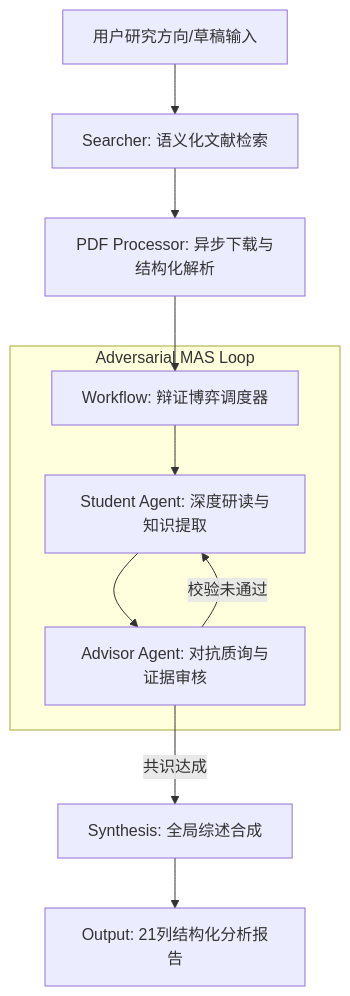
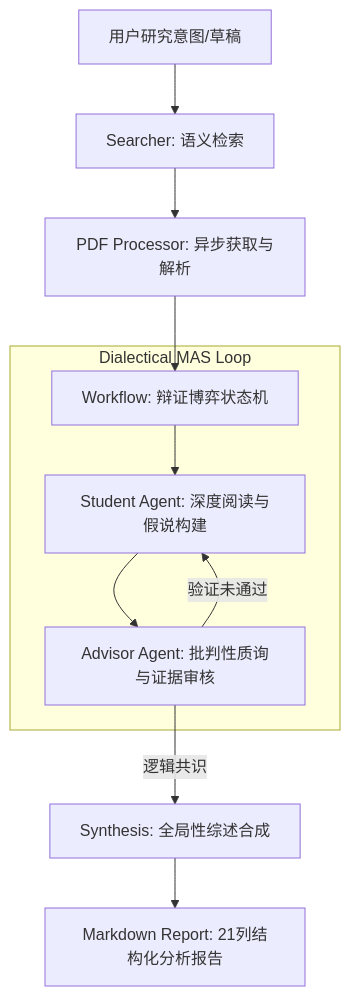
Before and after one commit to A0NECRN/FindUrCite: the diagram in README.md, drawn with Mermaid. The commit also changed other lines of this file and 1 other file, not shown here.

````diff
--- a/README.md
+++ b/README.md
@@ -29,13 +29,13 @@
 ```mermaid
 graph TD
-    A[用户研究方向/草稿输入] --> B[Searcher: 语义化文献检索]
-    B --> C[PDF Processor: 异步下载与结构化解析]
-    C --> D[Workflow: 辩证博弈调度器]
-    subgraph "Adversarial MAS Loop"
-    D --> E[Student Agent: 深度研读与知识提取]
-    E --> F[Advisor Agent: 对抗质询与证据审核]
-    F -->|校验未通过| E
+    A[用户研究意图/草稿] --> B[Searcher: 语义检索]
+    B --> C[PDF Processor: 异步获取与解析]
+    C --> D[Workflow: 辩证博弈状态机]
+    subgraph "Dialectical MAS Loop"
+    D --> E[Student Agent: 深度阅读与假说构建]
+    E --> F[Advisor Agent: 批判性质询与证据审核]
+    F -->|验证未通过| E
     end
-    F -->|共识达成| G[Synthesis: 全局综述合成]
-    G --> H[Output: 21列结构化分析报告]
+    F -->|逻辑共识| G[Synthesis: 全局性综述合成]
+    G --> H[Markdown Report: 21列结构化分析报告]
 ```
````
